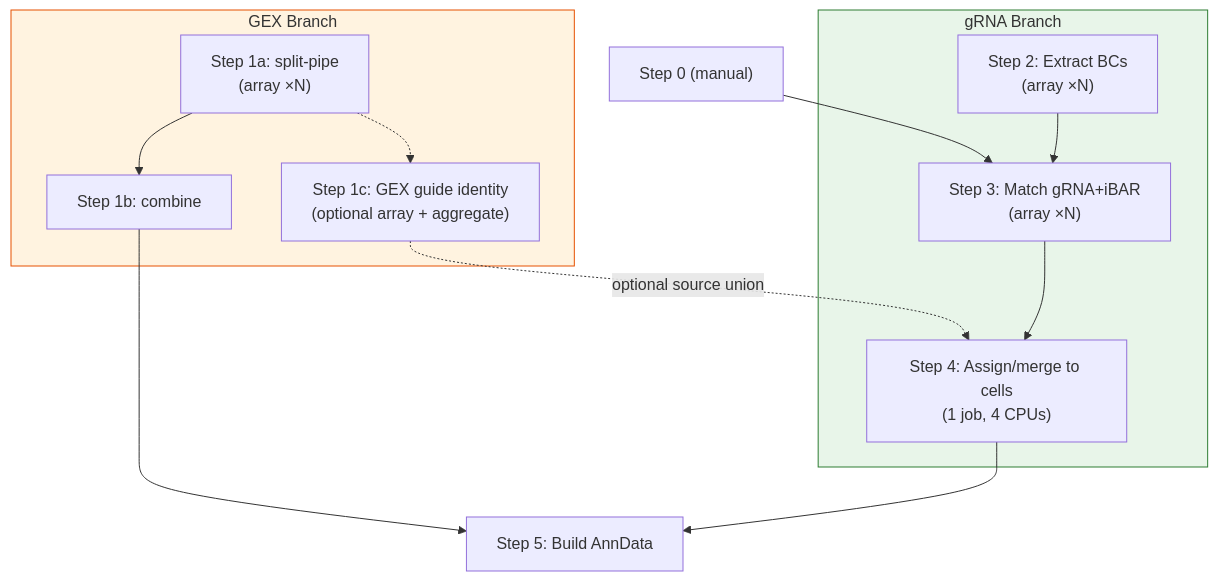
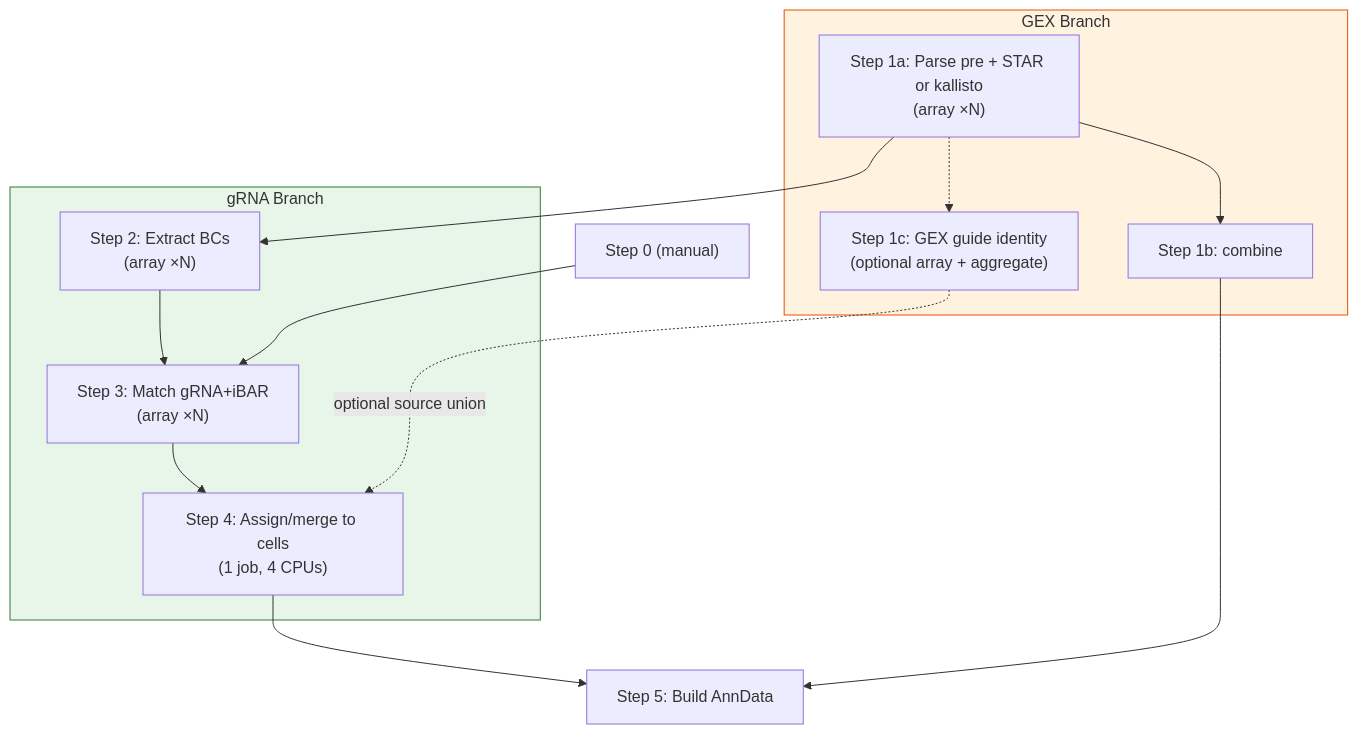
One commit to jhjiang2020/CSM_ccperturbseq changed the first of 9 diagrams in docs/DETAILED_WORKFLOW.md. Above: the diagram before and after it, drawn with Mermaid. The commit also changed other lines of this file and 202 other files, not shown here.

````diff
--- a/docs/DETAILED_WORKFLOW.md
+++ b/docs/DETAILED_WORKFLOW.md
@@ -18,26 +20,27 @@
 ```mermaid
 flowchart TD
     S0["Step 0 (manual)"] --> S3_arr
 
     subgraph GEX["GEX Branch"]
-        S1a["Step 1a: split-pipe<br>(array ×N)"]
+        S1a["Step 1a: Parse pre + STAR or kallisto<br>(array ×N)"]
         S1b["Step 1b: combine"]
         S1c["Step 1c: GEX guide identity<br>(optional array + aggregate)"]
         S1a --> S1b
         S1a -.-> S1c
     end
 
     subgraph gRNA["gRNA Branch"]
         S2_arr["Step 2: Extract BCs<br>(array ×N)"]
         S3_arr["Step 3: Match gRNA+iBAR<br>(array ×N)"]
         S4["Step 4: Assign/merge to cells<br>(1 job, 4 CPUs)"]
+        S1a --> S2_arr
         S2_arr --> S3_arr --> S4
     end
 
     S1b --> S5
     S1c -. optional source union .-> S4
     S4 --> S5["Step 5: Build AnnData"]
 
     style GEX fill:#fff3e0,stroke:#e65100
     style gRNA fill:#e8f5e9,stroke:#2e7d32
 ```
````
